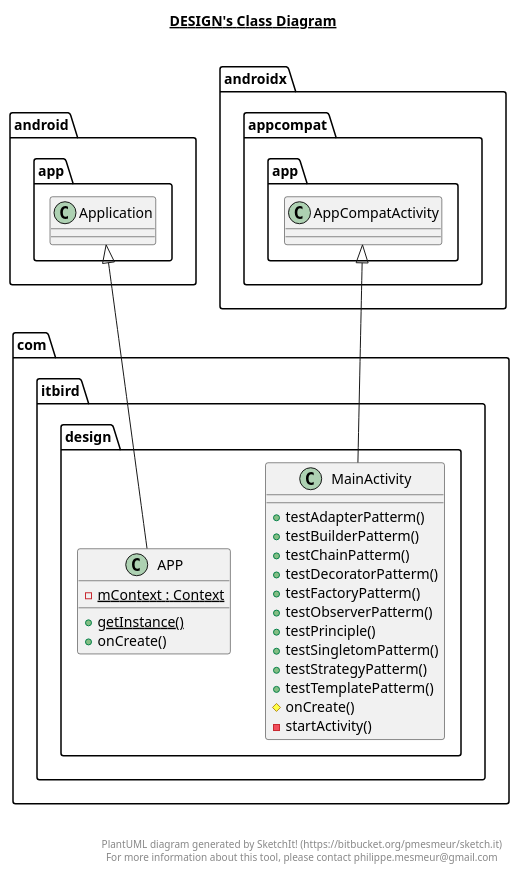
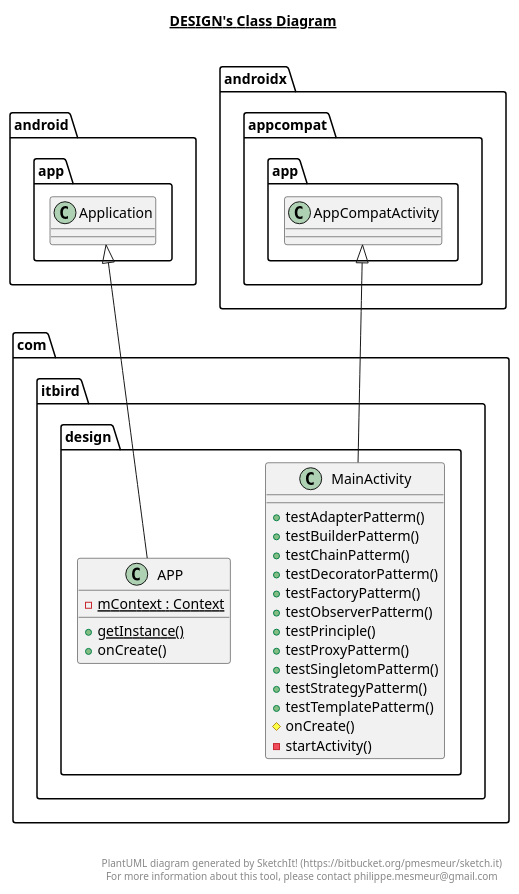
One commit to xfkang/DesignPatternPractice changed the diagram in app/src/main/java/com/itbird/design/design.plantuml. Above: the diagram before and after it, drawn with PlantUML. The commit also changed 28 other files, not shown here.

```diff
--- a/app/src/main/java/com/itbird/design/design.plantuml
+++ b/app/src/main/java/com/itbird/design/design.plantuml
@@ -1,43 +1,44 @@
 @startuml
 
 title __DESIGN's Class Diagram__\n
 
   namespace com.itbird.design {
     class com.itbird.design.APP {
         {static} - mContext : Context
         {static} + getInstance()
         + onCreate()
     }
   }
   
 
   namespace com.itbird.design {
     class com.itbird.design.MainActivity {
         + testAdapterPatterm()
         + testBuilderPatterm()
         + testChainPatterm()
         + testDecoratorPatterm()
         + testFactoryPatterm()
         + testObserverPatterm()
         + testPrinciple()
+        + testProxyPatterm()
         + testSingletomPatterm()
         + testStrategyPatterm()
         + testTemplatePatterm()
         # onCreate()
         - startActivity()
     }
   }
   
 
   com.itbird.design.APP -up-|> android.app.Application
   com.itbird.design.MainActivity -up-|> androidx.appcompat.app.AppCompatActivity
 
 
 right footer
 
 
 PlantUML diagram generated by SketchIt! (https://bitbucket.org/pmesmeur/sketch.it)
 For more information about this tool, please contact philippe.mesmeur@gmail.com
 endfooter
 
 @enduml
```
